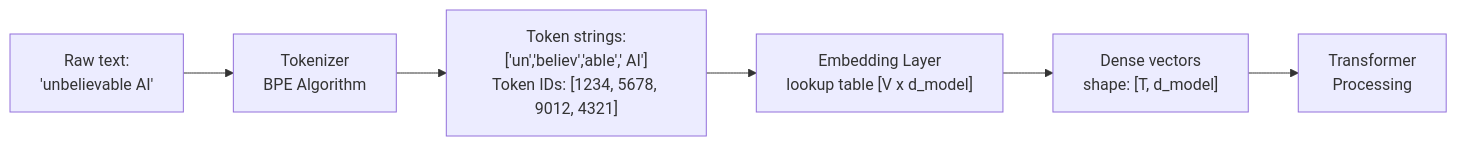
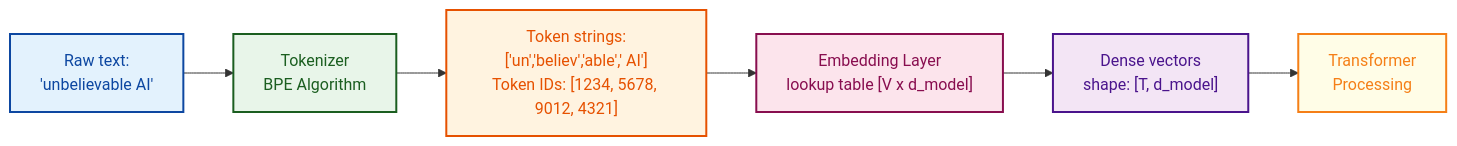
Before and after one commit to GyanendraChaubey/AI-Engineering-Notes: the third of 7 diagrams in docs/01-prompt-engineering/README.md, drawn with Mermaid. The commit also changed other lines of this file and 15 other files, not shown here.

Commit message:
style: apply light color palette to remaining Mermaid diagrams (docs 15 & 16)

````diff
--- a/docs/01-prompt-engineering/README.md
+++ b/docs/01-prompt-engineering/README.md
@@ -193,6 +199,12 @@
 ```mermaid
 flowchart LR
     A["Raw text:\n'unbelievable AI'"] --> B["Tokenizer\nBPE Algorithm"] --> C["Token strings:\n['un','believ','able',' AI']\nToken IDs: [1234, 5678, 9012, 4321]"]
     C --> D["Embedding Layer\nlookup table [V x d_model]"] --> E["Dense vectors\nshape: [T, d_model]"]
     E --> F["Transformer\nProcessing"]
+    style A fill:#e3f2fd,stroke:#0d47a1,stroke-width:2px,color:#0d47a1
+    style B fill:#e8f5e9,stroke:#1b5e20,stroke-width:2px,color:#1b5e20
+    style C fill:#fff3e0,stroke:#e65100,stroke-width:2px,color:#e65100
+    style D fill:#fce4ec,stroke:#880e4f,stroke-width:2px,color:#880e4f
+    style E fill:#f3e5f5,stroke:#4a148c,stroke-width:2px,color:#4a148c
+    style F fill:#fffde7,stroke:#f57f17,stroke-width:2px,color:#f57f17
 ```
````
